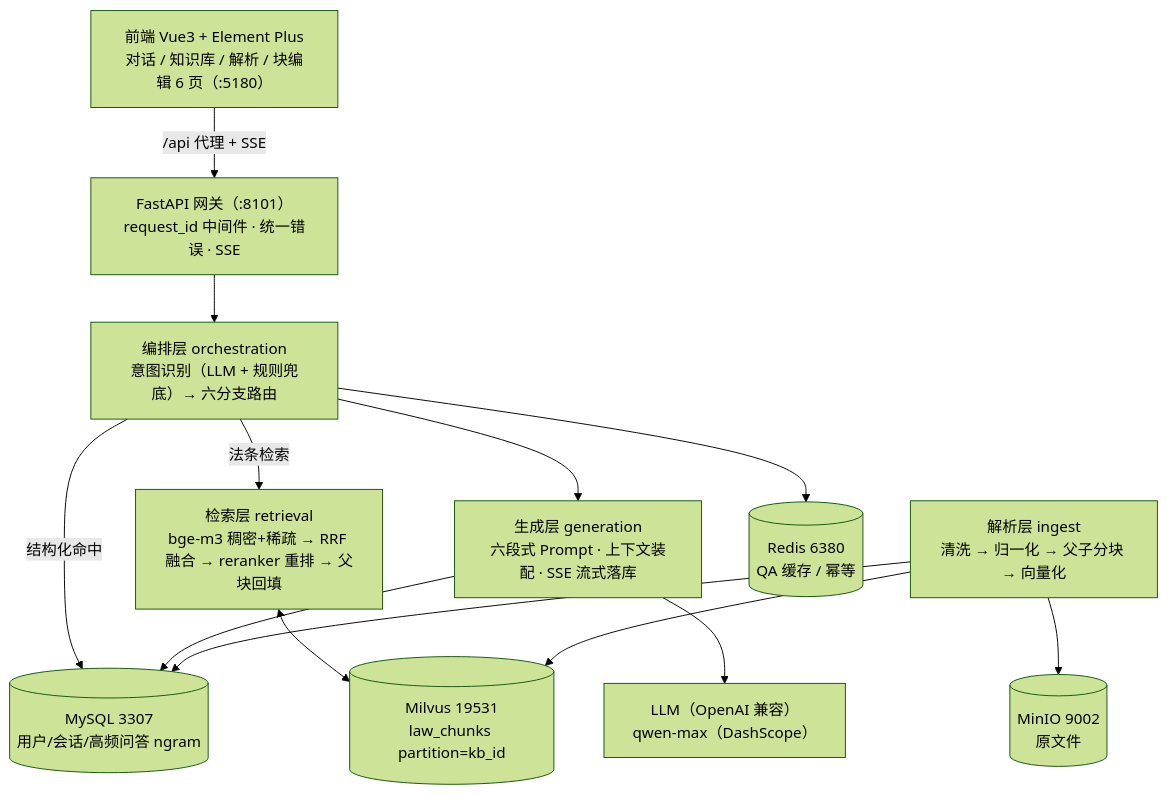
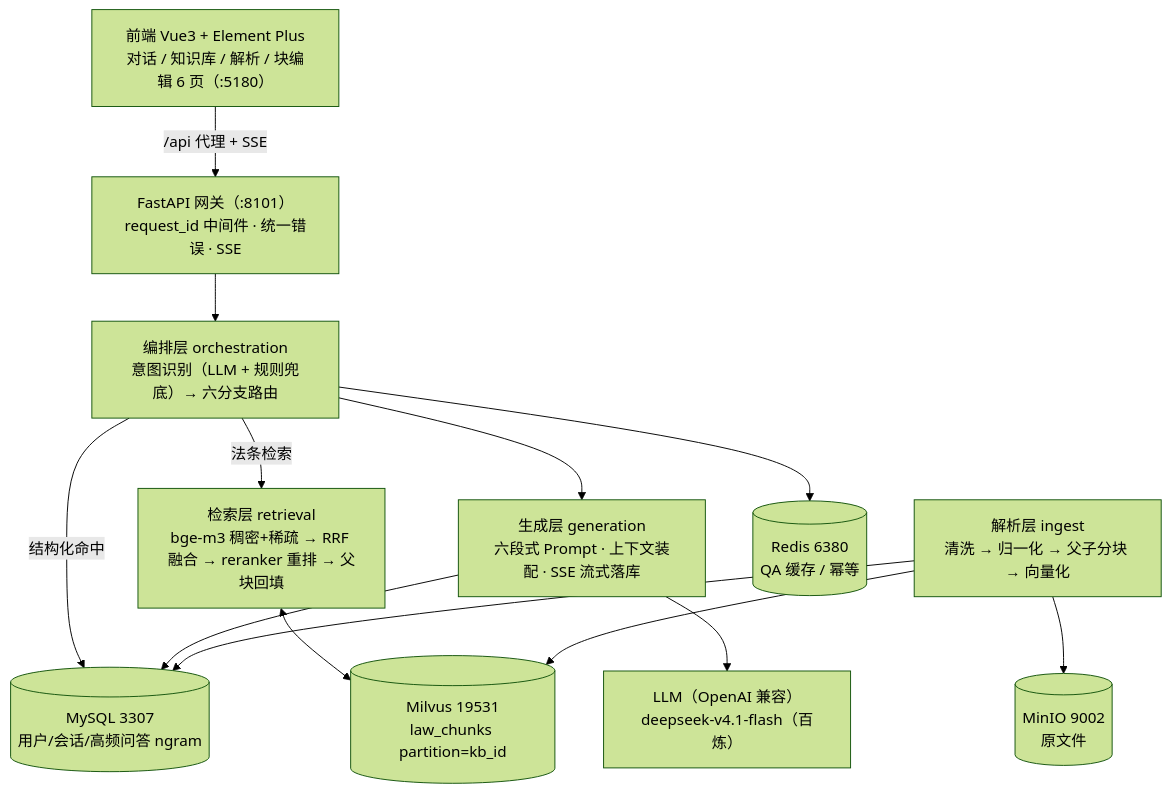
One commit to jsq0917/LawAnswerW changed the first of 2 diagrams in README.md. Above: the diagram before and after it, drawn with Mermaid (forest theme). The commit also changed other lines of this file and 9 other files, not shown here.

First line of the commit message:
docs: 默认模型切到 deepseek-v4.1-flash；补线上部署/运维文档与 SSL 配置

````diff
--- a/README.md
+++ b/README.md
@@ -26,28 +26,28 @@
 ```mermaid
 flowchart TB
     UI["前端 Vue3 + Element Plus<br/>对话 / 知识库 / 解析 / 块编辑 6 页（:5180）"]
     API["FastAPI 网关（:8101）<br/>request_id 中间件 · 统一错误 · SSE"]
     ORCH["编排层 orchestration<br/>意图识别（LLM + 规则兜底）→ 六分支路由"]
     RET["检索层 retrieval<br/>bge-m3 稠密+稀疏 → RRF 融合 → reranker 重排 → 父块回填"]
     GEN["生成层 generation<br/>六段式 Prompt · 上下文装配 · SSE 流式落库"]
     ING["解析层 ingest<br/>清洗 → 归一化 → 父子分块 → 向量化"]
 
     MY[("MySQL 3307<br/>用户/会话/高频问答 ngram")]
     MI[("Milvus 19531<br/>law_chunks partition=kb_id")]
     RD[("Redis 6380<br/>QA 缓存 / 幂等")]
     MO[("MinIO 9002<br/>原文件")]
-    LLM["LLM（OpenAI 兼容）<br/>qwen-max（DashScope）"]
+    LLM["LLM（OpenAI 兼容）<br/>deepseek-v4.1-flash（百炼）"]
 
     UI -->|"/api 代理 + SSE"| API
     API --> ORCH
     ORCH -->|"结构化命中"| MY
     ORCH -->|"法条检索"| RET
     ORCH --> RD
     RET <--> MI
     ORCH --> GEN
     GEN --> LLM
     GEN --> MY
     ING --> MI
     ING --> MY
     ING --> MO
 ```
````
